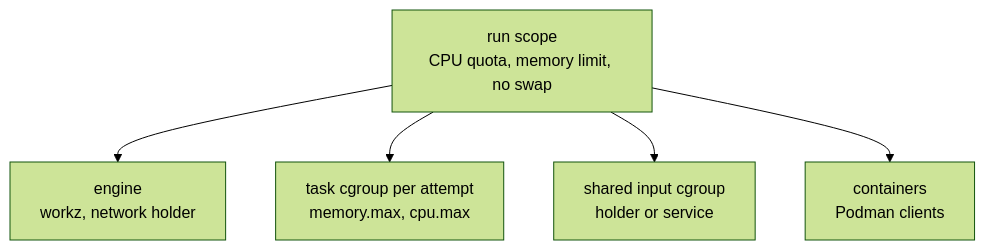
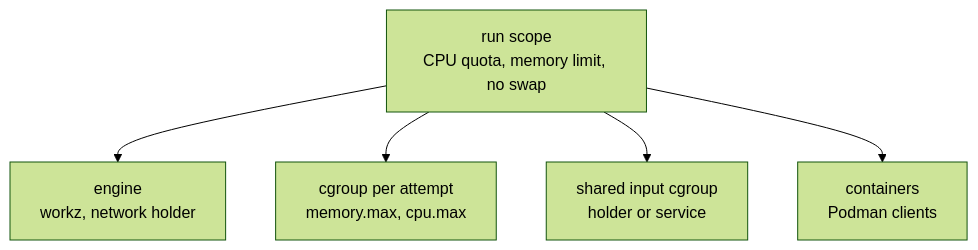
The diagram in wiki/Running-Workflows.md (Zenteomics/kanit), drawn with Mermaid (forest theme) before and after one commit. The commit also changed other lines of this file and 37 other files, not shown here.

````diff
--- a/wiki/Running-Workflows.md
+++ b/wiki/Running-Workflows.md
@@ -40,7 +40,7 @@
 ```mermaid
 flowchart TB
     S[run scope<br/>CPU quota, memory limit, no swap] --> E[engine<br/>workz, network holder]
-    S --> T1[task cgroup per attempt<br/>memory.max, cpu.max]
+    S --> T1[cgroup per attempt<br/>memory.max, cpu.max]
     S --> H[shared input cgroup<br/>holder or service]
     S --> C[containers<br/>Podman clients]
 ```
````
